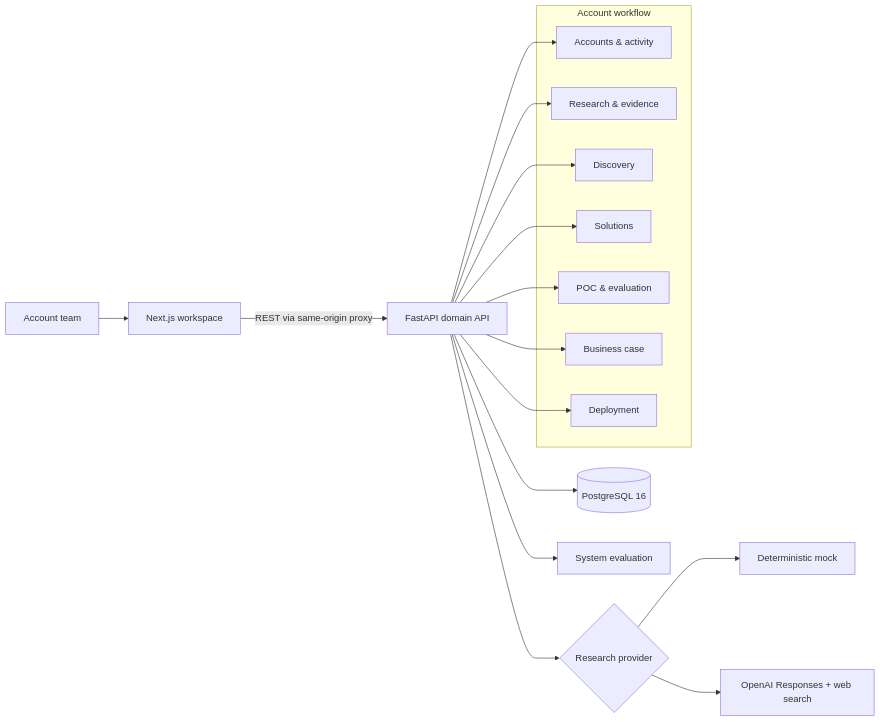
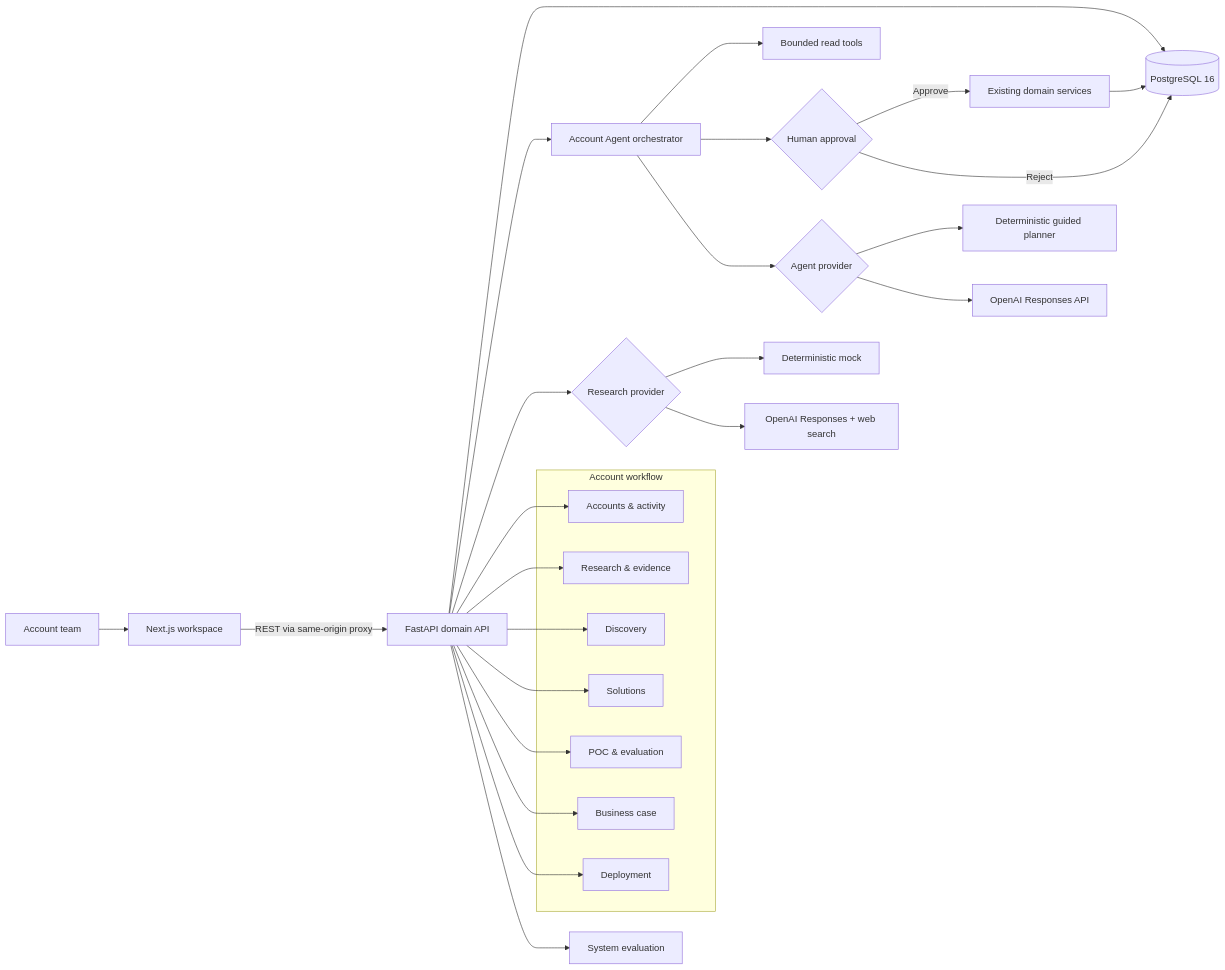
The first of 2 diagrams in docs/architecture.md (FloatingHarry/solutionflow), drawn with Mermaid before and after one commit. The commit also changed other lines of this file and 26 other files, not shown here.

Commit message:
feat: add account agent and Chinese product showcase

````diff
--- a/docs/architecture.md
+++ b/docs/architecture.md
@@ -7,28 +7,37 @@
 ```mermaid
 flowchart LR
     U[Account team] --> W[Next.js workspace]
     W -->|REST via same-origin proxy| A[FastAPI domain API]
     A --> P[(PostgreSQL 16)]
+    A --> AG[Account Agent orchestrator]
+    AG --> T[Bounded read tools]
+    AG --> H{Human approval}
+    H -->|Approve| D[Existing domain services]
+    H -->|Reject| P
+    D --> P
+    AG --> L{Agent provider}
+    L --> G[Deterministic guided planner]
+    L --> O[OpenAI Responses API]
     A --> R{Research provider}
     R --> M[Deterministic mock]
-    R --> O[OpenAI Responses + web search]
+    R --> OW[OpenAI Responses + web search]
 
     subgraph Account workflow
       AC[Accounts & activity]
       RE[Research & evidence]
       DI[Discovery]
       SO[Solutions]
       PO[POC & evaluation]
       BC[Business case]
       DE[Deployment]
     end
 
     A --> AC
     A --> RE
     A --> DI
     A --> SO
     A --> PO
     A --> BC
     A --> DE
     A --> SE[System evaluation]
 ```
````
